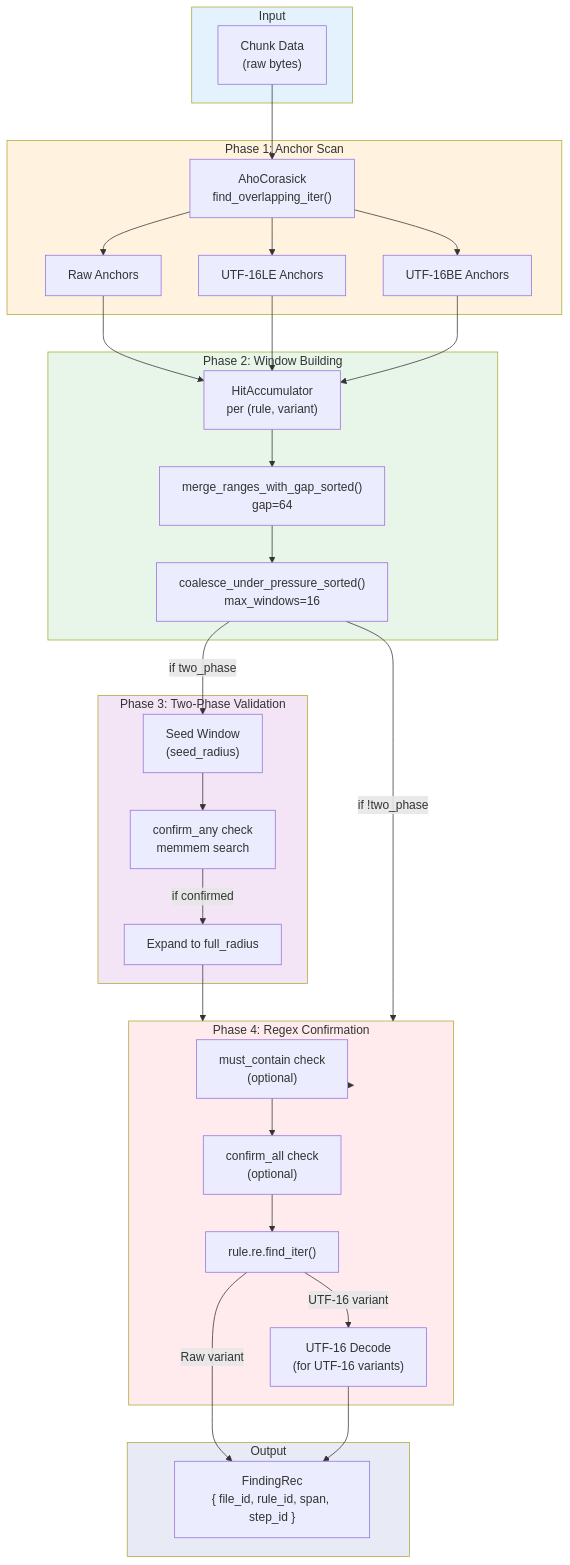
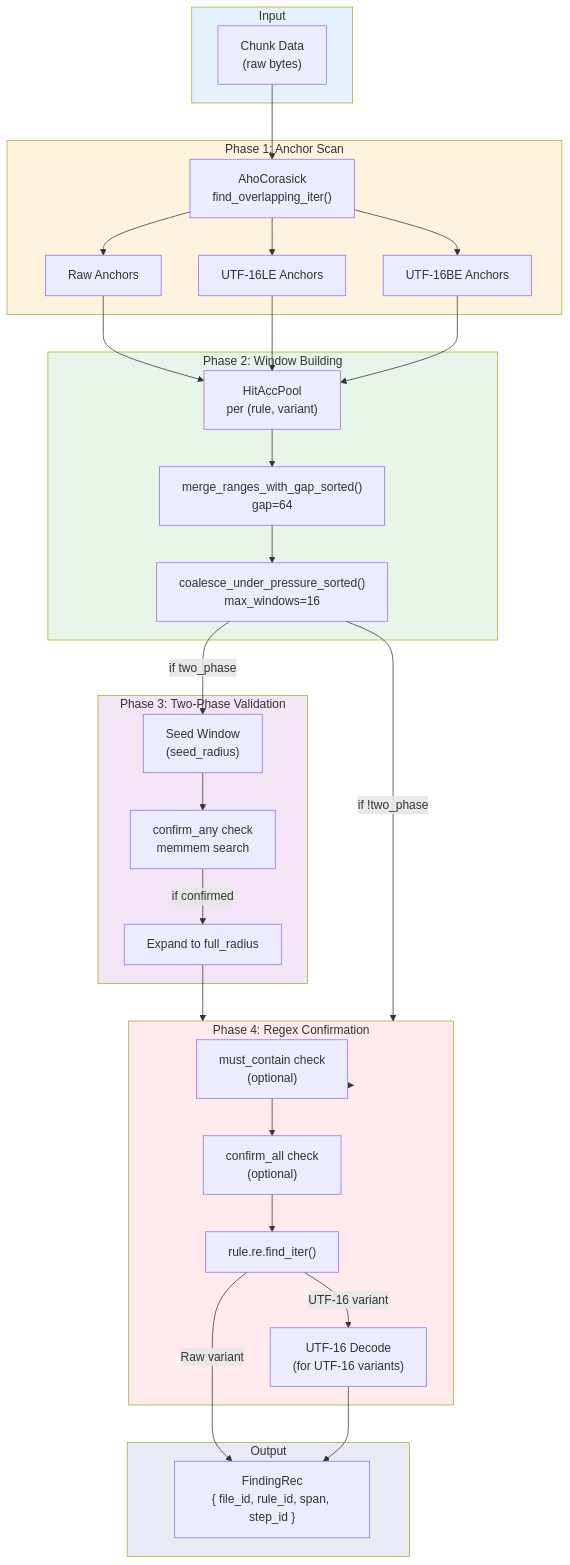
Before and after one commit to ahrav/scratch-scanner-rs: the first of 3 diagrams in docs/detection-engine.md, drawn with Mermaid. The commit also changed other lines of this file and 11 other files, not shown here.

First line of the commit message:
Refactor Hit Accumulator to Hit Accumulator Pool

````diff
--- a/docs/detection-engine.md
+++ b/docs/detection-engine.md
@@ -5,70 +5,70 @@
 ```mermaid
 flowchart TB
     subgraph Input["Input"]
         Chunk["Chunk Data<br/>(raw bytes)"]
     end
 
     subgraph Phase1["Phase 1: Anchor Scan"]
         AC["AhoCorasick<br/>find_overlapping_iter()"]
         Raw["Raw Anchors"]
         U16LE["UTF-16LE Anchors"]
         U16BE["UTF-16BE Anchors"]
     end
 
     subgraph Phase2["Phase 2: Window Building"]
-        HitAcc["HitAccumulator<br/>per (rule, variant)"]
+        HitAcc["HitAccPool<br/>per (rule, variant)"]
         Merge["merge_ranges_with_gap_sorted()<br/>gap=64"]
         Coalesce["coalesce_under_pressure_sorted()<br/>max_windows=16"]
     end
 
     subgraph Phase3["Phase 3: Two-Phase Validation"]
         SeedWin["Seed Window<br/>(seed_radius)"]
         Confirm["confirm_any check<br/>memmem search"]
         Expand["Expand to full_radius"]
     end
 
     subgraph Phase4["Phase 4: Regex Confirmation"]
         MustContain["must_contain check<br/>(optional)"]
         ConfirmAll["confirm_all check<br/>(optional)"]
         Regex["rule.re.find_iter()"]
         UTF16Dec["UTF-16 Decode<br/>(for UTF-16 variants)"]
     end
 
     subgraph Output["Output"]
         FindingRec["FindingRec<br/>{ file_id, rule_id, span, step_id }"]
     end
 
     Chunk --> AC
     AC --> Raw
     AC --> U16LE
     AC --> U16BE
 
     Raw --> HitAcc
     U16LE --> HitAcc
     U16BE --> HitAcc
 
     HitAcc --> Merge
     Merge --> Coalesce
 
     Coalesce --> |"if two_phase"| SeedWin
     SeedWin --> Confirm
     Confirm --> |"if confirmed"| Expand
     Expand --> Phase4
 
     Coalesce --> |"if !two_phase"| Phase4
 
     Phase4 --> MustContain
     MustContain --> ConfirmAll
     ConfirmAll --> Regex
     Regex --> |"Raw variant"| FindingRec
 
     Regex --> |"UTF-16 variant"| UTF16Dec
     UTF16Dec --> FindingRec
 
     style Input fill:#e3f2fd
     style Phase1 fill:#fff3e0
     style Phase2 fill:#e8f5e9
     style Phase3 fill:#f3e5f5
     style Phase4 fill:#ffebee
     style Output fill:#e8eaf6
 ```
````
